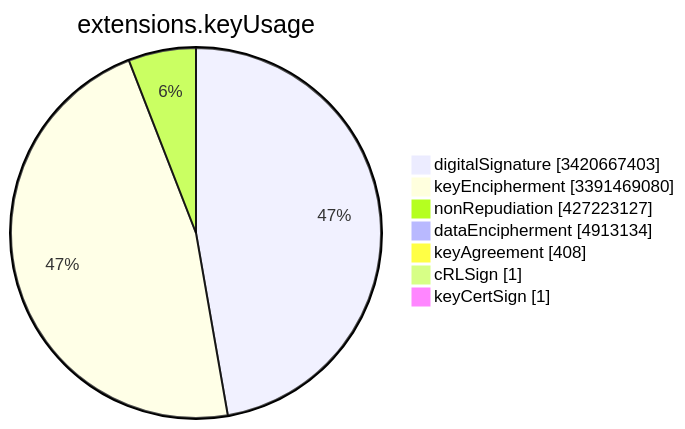
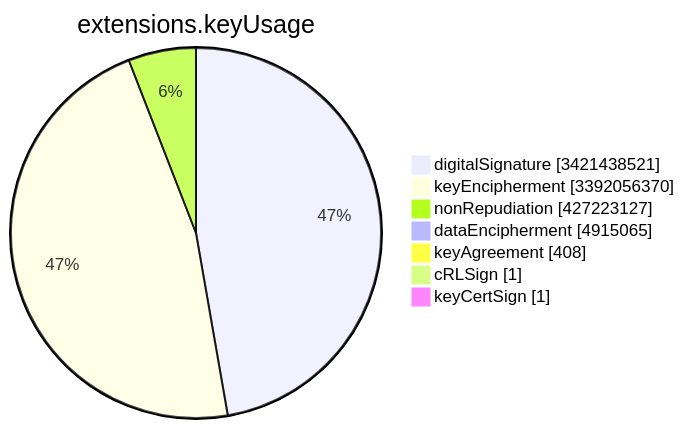
Before and after one commit to christiankrug/ctmonitor_visualization: the sixth of 15 diagrams in TOTAL/README.md, drawn with Mermaid. The commit also changed other lines of this file, not shown here.

````diff
--- a/TOTAL/README.md
+++ b/TOTAL/README.md
@@ -3081,11 +3081,11 @@
 ```mermaid
 pie showData
 title extensions.keyUsage
-"digitalSignature" :3420667403
-"keyEncipherment" :3391469080
+"digitalSignature" :3421438521
+"keyEncipherment" :3392056370
 "nonRepudiation" :427223127
-"dataEncipherment" :4913134
+"dataEncipherment" :4915065
 "keyAgreement" :408
 "cRLSign" :1
 "keyCertSign" :1
 ```
````
